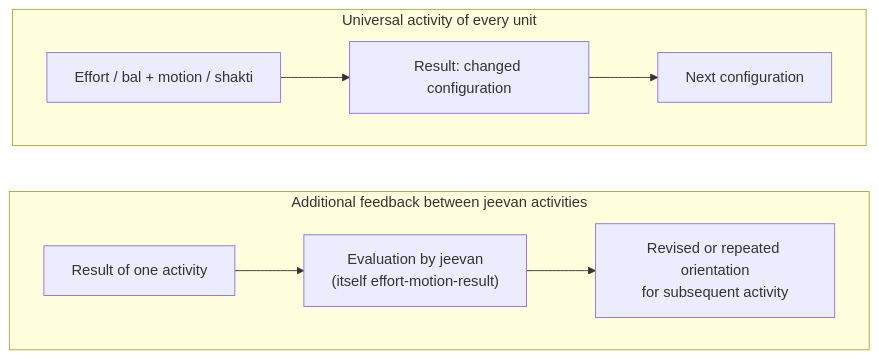
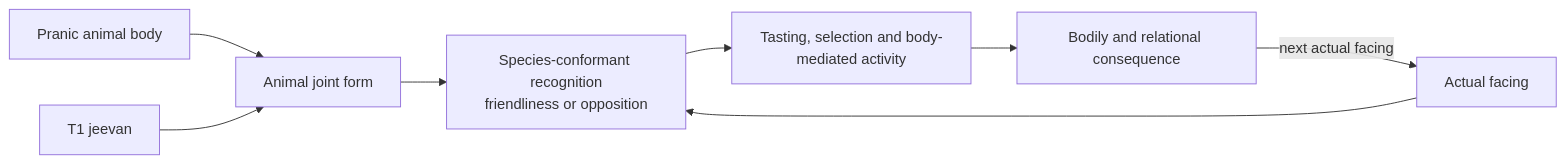
Before and after one commit to raghavamohan/AnalyticMadhyasthDarshan: the sixth of 7 diagrams in Studies/A-State-Dynamic-Model-Of-Coexistence/A-State-Dynamic-Model-Of-Coexistence.md, drawn with Mermaid. The commit also changed other lines of this file and 8 other files, not shown here.

````diff
--- a/Studies/A-State-Dynamic-Model-Of-Coexistence/A-State-Dynamic-Model-Of-Coexistence.md
+++ b/Studies/A-State-Dynamic-Model-Of-Coexistence/A-State-Dynamic-Model-Of-Coexistence.md
@@ -313,16 +395,10 @@
 ```mermaid
-flowchart TB
-    subgraph UNIVERSAL["Universal activity of every unit"]
-      direction LR
-      UACT["Effort / bal + motion / shakti"]
-      UACT --> URESULT["Result: changed configuration"]
-      URESULT --> UNEXT["Next configuration"]
-    end
-    subgraph HUMAN["Additional feedback between jeevan activities"]
-      direction LR
-      JRESULT["Result of one activity"]
-      JRESULT --> JEVAL["Evaluation by jeevan<br/>(itself effort-motion-result)"]
-      JEVAL --> JNEXT["Revised or repeated orientation<br/>for subsequent activity"]
-    end
-    UNEXT ~~~ JRESULT
+flowchart LR
+    AB["Pranic animal body"] --> JOINT["Animal joint form"]
+    J["T1 jeevan"] --> JOINT
+    ACTUAL["Actual facing"] --> REC["Species-conformant recognition<br/>friendliness or opposition"]
+    JOINT --> REC
+    REC --> SELECT["Tasting, selection and body-mediated activity"]
+    SELECT --> CONSEQ["Bodily and relational consequence"]
+    CONSEQ -->|"next actual facing"| ACTUAL
 ```
````
